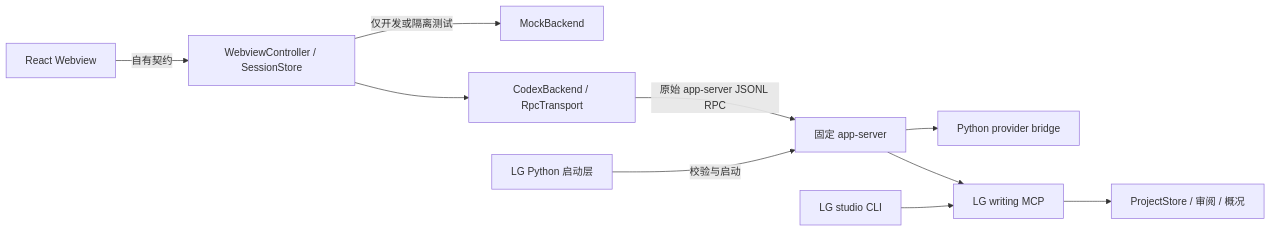
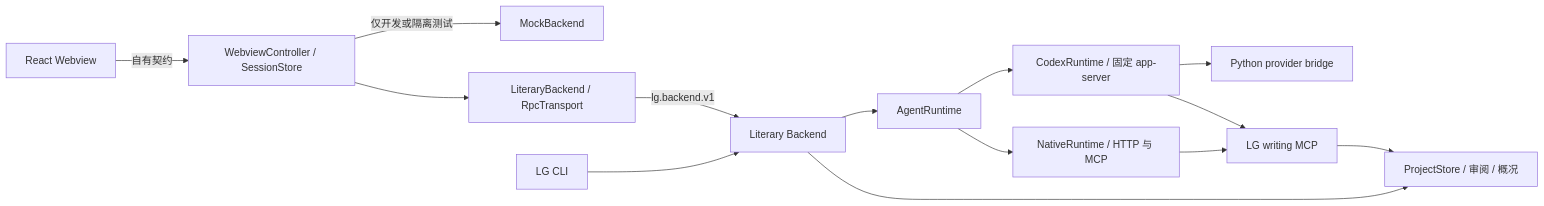
One commit to ZhiHaOuang/LiteraryAgent changed the diagram in lg-vscode/docs/ARCHITECTURE.md. Above: the diagram before and after it, drawn with Mermaid. The commit also changed other lines of this file and 216 other files, not shown here.

Commit message:
feat: checkpoint shared literary backend and author controls

````diff
--- a/lg-vscode/docs/ARCHITECTURE.md
+++ b/lg-vscode/docs/ARCHITECTURE.md
@@ -3,12 +3,16 @@
 ```mermaid
 flowchart LR
   UI[React Webview] -->|自有契约| Host[WebviewController / SessionStore]
   Host -->|仅开发或隔离测试| Mock[MockBackend]
-  Host --> Adapter[CodexBackend / RpcTransport]
-  Adapter -->|原始 app-server JSONL RPC| Core[固定 app-server]
-  Launcher[LG Python 启动层] -->|校验与启动| Core
+  Host --> Adapter[LiteraryBackend / RpcTransport]
+  Adapter -->|lg.backend.v1| Backend[Literary Backend]
+  Backend --> Runtime[AgentRuntime]
+  Runtime --> Core[CodexRuntime / 固定 app-server]
+  Runtime --> Native[NativeRuntime / HTTP 与 MCP]
   Core --> Bridge[Python provider bridge]
   Core --> MCP[LG writing MCP]
   MCP --> Store[ProjectStore / 审阅 / 概况]
-  CLI[LG studio CLI] --> MCP
+  Backend --> Store
+  Native --> MCP
+  CLI[LG CLI] --> Backend
 ```
````
